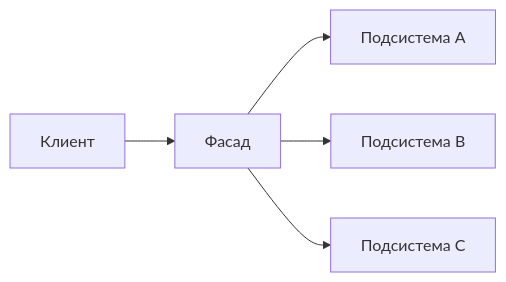
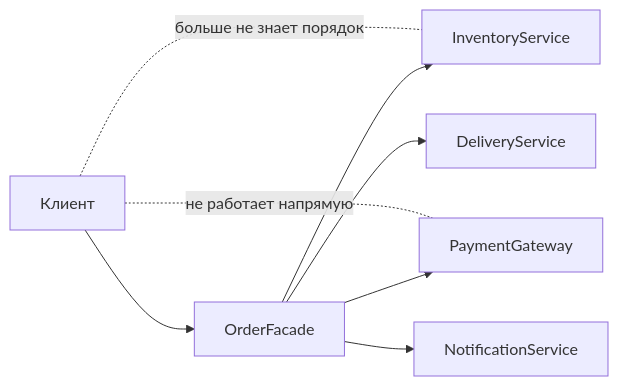
Before and after one commit to Kert0n/KPO: the fifth of 16 diagrams in lectures/Lec6/vitepress.md, drawn with Mermaid. The commit also changed other lines of this file and 9 other files, not shown here.

````diff
--- a/lectures/Lec6/vitepress.md
+++ b/lectures/Lec6/vitepress.md
@@ -143,7 +373,11 @@
 ```mermaid
 flowchart LR
-    Client[Клиент] --> Facade[Фасад]
-    Facade --> SubsystemA[Подсистема A]
-    Facade --> SubsystemB[Подсистема B]
-    Facade --> SubsystemC[Подсистема C]
+  Client[Клиент] --> Facade[OrderFacade]
+  Facade --> Inventory[InventoryService]
+  Facade --> Payments[PaymentGateway]
+  Facade --> Delivery[DeliveryService]
+  Facade --> Notifications[NotificationService]
+
+  Client -. больше не знает порядок .- Inventory
+  Client -. не работает напрямую .- Payments
 ```
````
